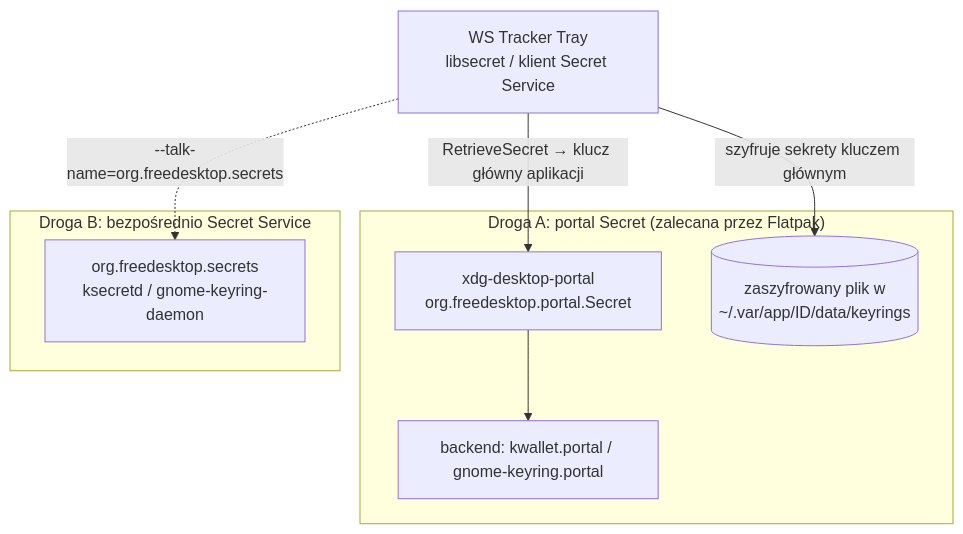
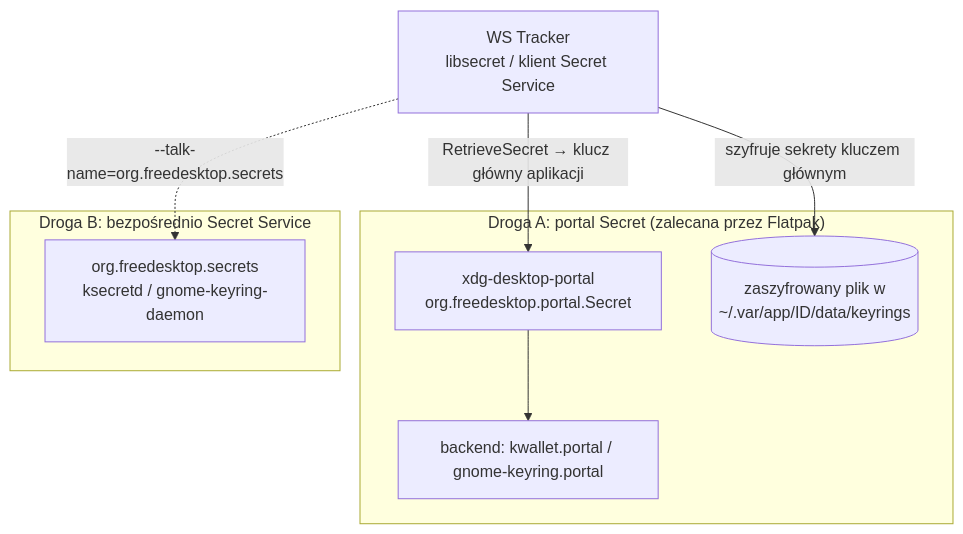
Before and after one commit to DragonKing026/DK-Tracker-Linux: the diagram in docs/integracje/secret-service.md, drawn with Mermaid. The commit also changed other lines of this file and 15 other files, not shown here.

````diff
--- a/docs/integracje/secret-service.md
+++ b/docs/integracje/secret-service.md
@@ -28,15 +28,15 @@
 ```mermaid
 flowchart TB
-    APP[WS Tracker Tray<br/>libsecret / klient Secret Service]
+    APP[WS Tracker<br/>libsecret / klient Secret Service]
     subgraph A["Droga A: portal Secret (zalecana przez Flatpak)"]
         P[xdg-desktop-portal<br/>org.freedesktop.portal.Secret]
         PB[backend: kwallet.portal / gnome-keyring.portal]
         F[(zaszyfrowany plik w<br/>~/.var/app/ID/data/keyrings)]
     end
     subgraph B["Droga B: bezpośrednio Secret Service"]
         SS[org.freedesktop.secrets<br/>ksecretd / gnome-keyring-daemon]
     end
     APP -- "RetrieveSecret → klucz główny aplikacji" --> P --> PB
     APP -- "szyfruje sekrety kluczem głównym" --> F
     APP -. "--talk-name=org.freedesktop.secrets" .-> SS
 ```
````
